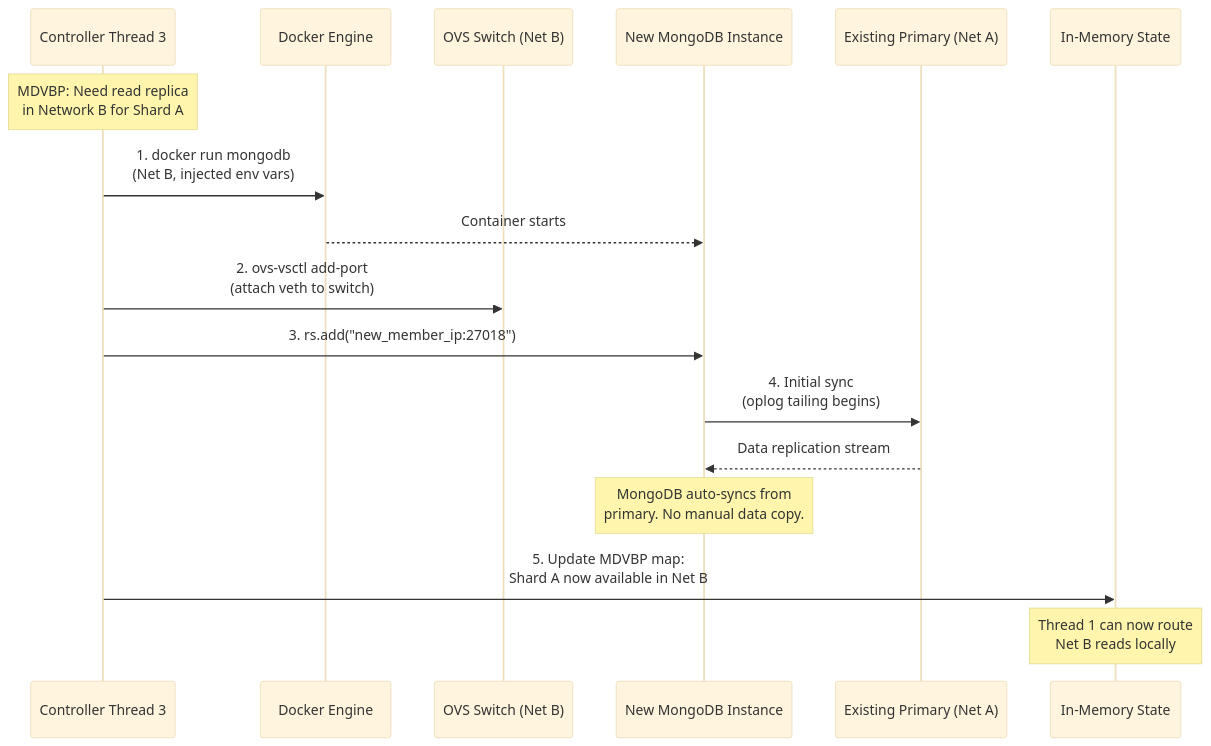
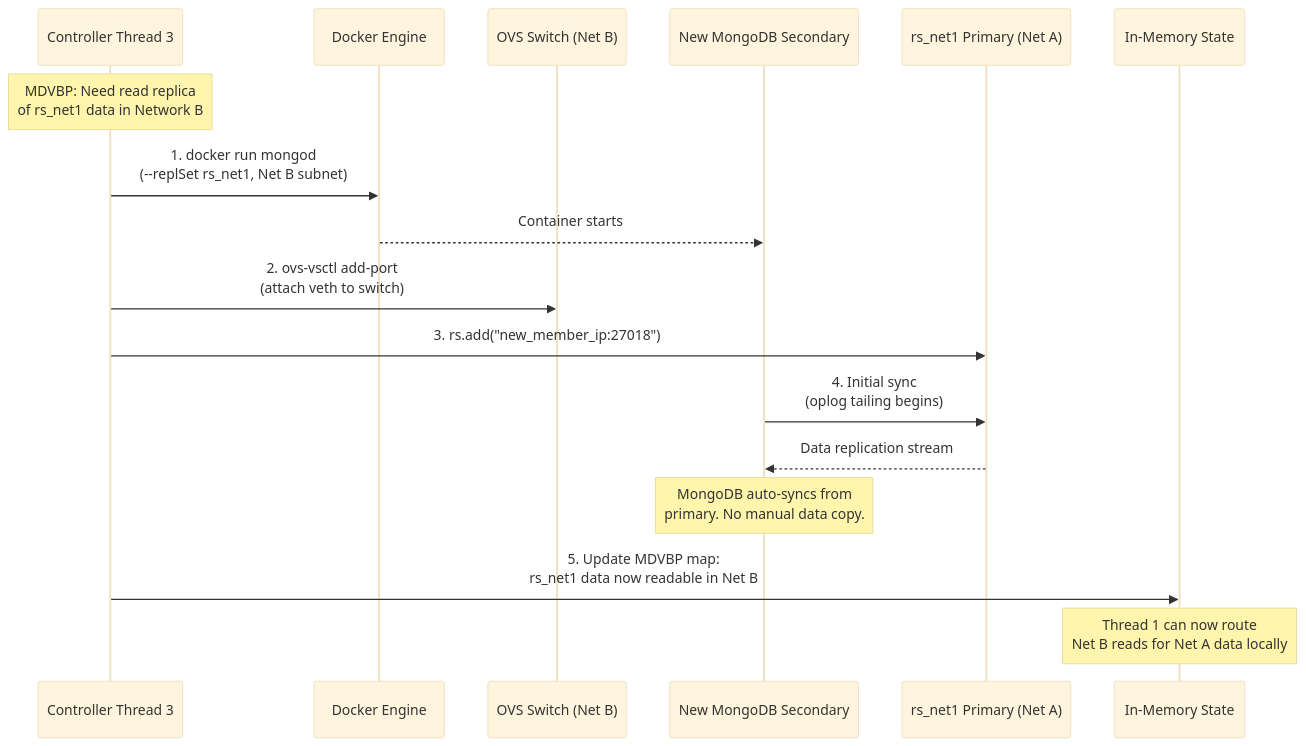
The ninth of 23 diagrams in docs/operation/system_mechanisms.md (poioe20p/efficient-storage-in-edge-scenarios), drawn with Mermaid (base theme) before and after one commit. The commit also changed other lines of this file and 25 other files, not shown here.

````diff
--- a/docs/operation/system_mechanisms.md
+++ b/docs/operation/system_mechanisms.md
@@ -213,21 +378,21 @@
 ```mermaid
 sequenceDiagram
     participant T3 as Controller Thread 3
     participant Docker as Docker Engine
     participant OVS as OVS Switch (Net B)
-    participant NewMongo as New MongoDB Instance
-    participant Primary as Existing Primary (Net A)
+    participant NewMongo as New MongoDB Secondary
+    participant Primary as rs_net1 Primary (Net A)
     participant Memory as In-Memory State
 
-    Note over T3: MDVBP: Need read replica<br/>in Network B for Shard A
+    Note over T3: MDVBP: Need read replica<br/>of rs_net1 data in Network B
 
-    T3->>Docker: 1. docker run mongodb<br/>(Net B, injected env vars)
+    T3->>Docker: 1. docker run mongod<br/>(--replSet rs_net1, Net B subnet)
     Docker-->>NewMongo: Container starts
     T3->>OVS: 2. ovs-vsctl add-port<br/>(attach veth to switch)
-    T3->>NewMongo: 3. rs.add("new_member_ip:27018")
+    T3->>Primary: 3. rs.add("new_member_ip:27018")
     NewMongo->>Primary: 4. Initial sync<br/>(oplog tailing begins)
     Primary-->>NewMongo: Data replication stream
     Note over NewMongo: MongoDB auto-syncs from<br/>primary. No manual data copy.
-    T3->>Memory: 5. Update MDVBP map:<br/>Shard A now available in Net B
-    Note over Memory: Thread 1 can now route<br/>Net B reads locally
+    T3->>Memory: 5. Update MDVBP map:<br/>rs_net1 data now readable in Net B
+    Note over Memory: Thread 1 can now route<br/>Net B reads for Net A data locally
 ```
````
